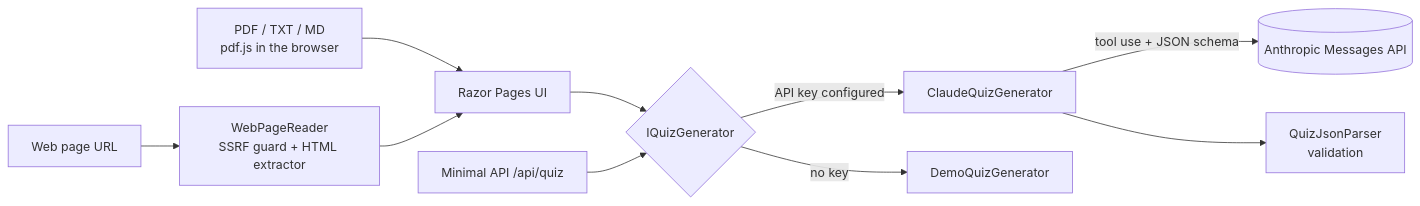
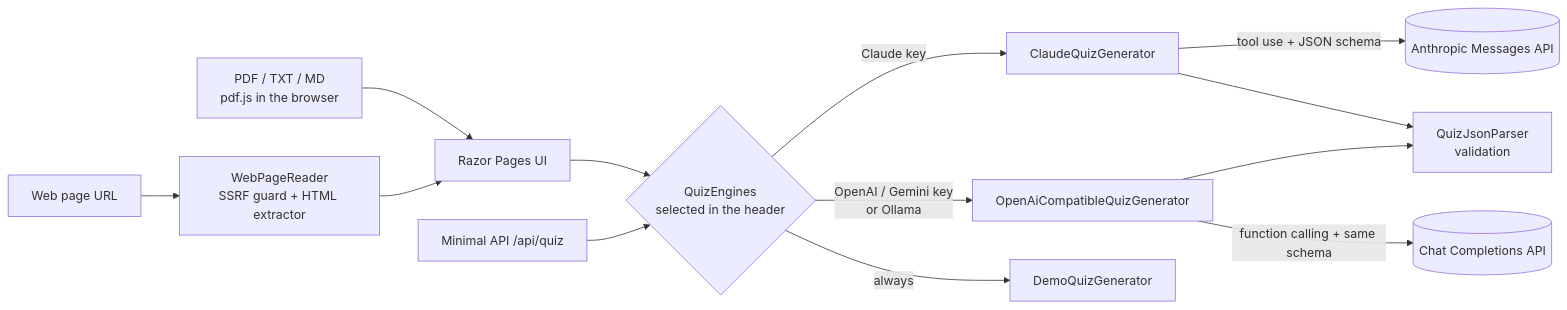
The diagram in README.md (MathieuMoe/ai-quiz-generator), drawn with Mermaid before and after one commit. The commit also changed other lines of this file and 20 other files, not shown here.

Commit message:
Choose the AI engine: Claude, ChatGPT, Gemini or Ollama

````diff
--- a/README.md
+++ b/README.md
@@ -35,11 +36,14 @@
 ```mermaid
 flowchart LR
     PDF[PDF / TXT / MD<br/>pdf.js in the browser] --> UI
     URL[Web page URL] --> W[WebPageReader<br/>SSRF guard + HTML extractor] --> UI
-    UI[Razor Pages UI] --> G{IQuizGenerator}
-    API[Minimal API /api/quiz] --> G
-    G -->|API key configured| C[ClaudeQuizGenerator]
-    G -->|no key| D[DemoQuizGenerator]
+    UI[Razor Pages UI] --> R{QuizEngines<br/>selected in the header}
+    API[Minimal API /api/quiz] --> R
+    R -->|Claude key| C[ClaudeQuizGenerator]
+    R -->|OpenAI / Gemini key<br/>or Ollama| O[OpenAiCompatibleQuizGenerator]
+    R -->|always| D[DemoQuizGenerator]
     C -->|tool use + JSON schema| A[(Anthropic Messages API)]
+    O -->|function calling + same schema| X[(Chat Completions API)]
     C --> P[QuizJsonParser<br/>validation]
+    O --> P
 ```
````
